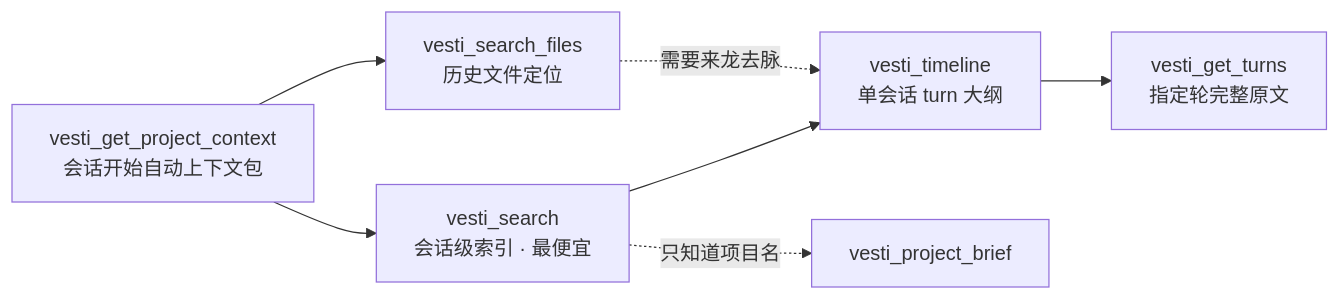
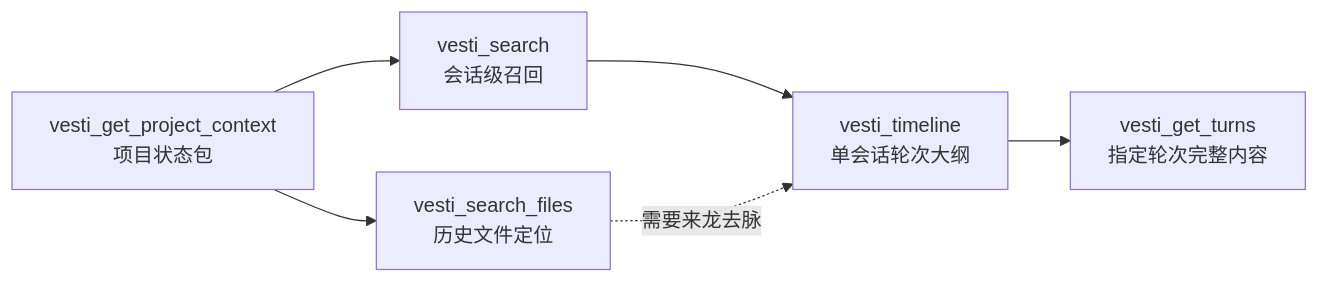
Before and after one commit to firefly-hefeng/VESTI-SKILLS: the second of 2 diagrams in README.md, drawn with Mermaid. The commit also changed other lines of this file and 135 other files, not shown here.

````diff
--- a/README.md
+++ b/README.md
@@ -40,9 +142,8 @@
 ```mermaid
 flowchart LR
-    A["vesti_get_project_context<br/>会话开始自动上下文包"] --> B["vesti_search<br/>会话级索引 · 最便宜"]
-    A --> F["vesti_search_files<br/>历史文件定位"]
-    B --> C["vesti_timeline<br/>单会话 turn 大纲"]
-    F -.需要来龙去脉.-> C
-    C --> D["vesti_get_turns<br/>指定轮完整原文"]
-    B -.只知道项目名.-> E["vesti_project_brief"]
+    A["vesti_get_project_context<br/>项目状态包"] --> B["vesti_search<br/>会话级召回"]
+    A --> C["vesti_search_files<br/>历史文件定位"]
+    B --> D["vesti_timeline<br/>单会话轮次大纲"]
+    C -.需要来龙去脉.-> D
+    D --> E["vesti_get_turns<br/>指定轮次完整内容"]
 ```
````
